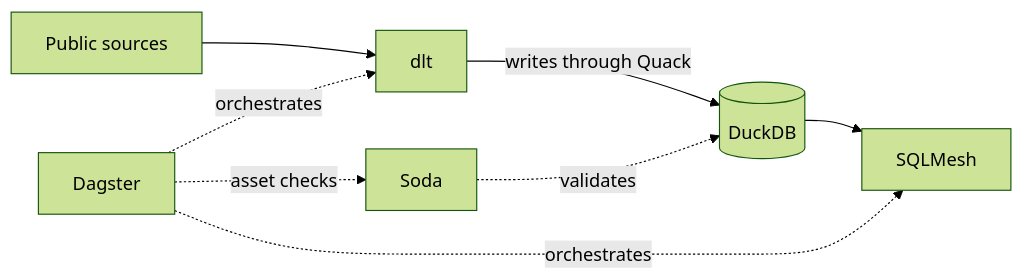
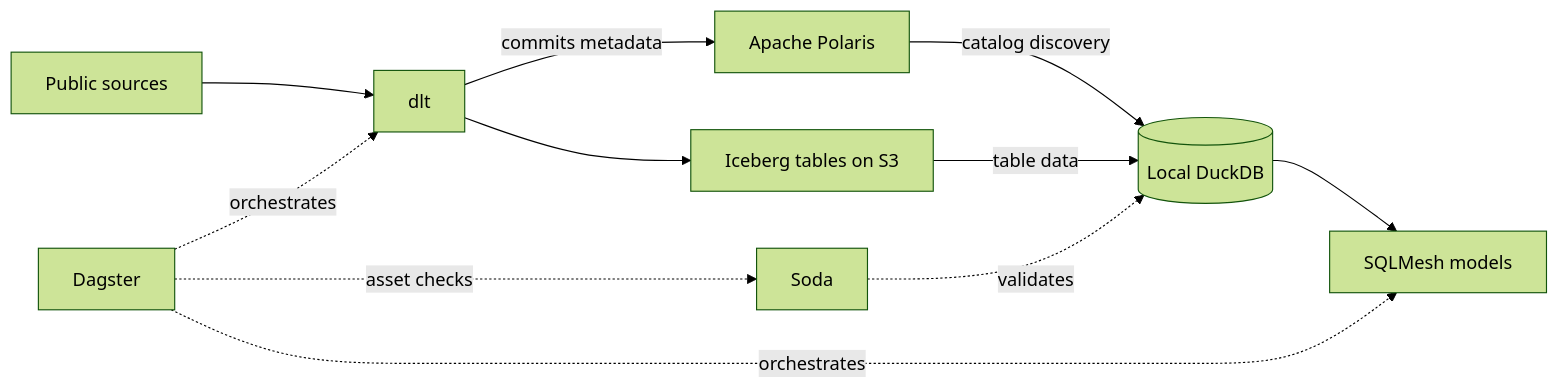
Before and after one commit to Doctacon/databox: the first of 2 diagrams in README.md, drawn with Mermaid (forest theme). The commit also changed other lines of this file and 78 other files, not shown here.

Commit message:
feat(iceberg): complete Polaris source migration

````diff
--- a/README.md
+++ b/README.md
@@ -53,10 +56,13 @@
 ```mermaid
 flowchart LR
     sources[Public sources] --> dlt[dlt]
-    dlt -->|writes through Quack| duckdb[(DuckDB)]
-    duckdb --> sqlmesh[SQLMesh]
+    dlt --> iceberg[Iceberg tables on S3]
+    dlt -->|commits metadata| polaris[Apache Polaris]
+    polaris -->|catalog discovery| duckdb[(Local DuckDB)]
+    iceberg -->|table data| duckdb
+    duckdb --> sqlmesh[SQLMesh models]
     soda[Soda] -. validates .-> duckdb
     dagster[Dagster] -. orchestrates .-> dlt
     dagster -. orchestrates .-> sqlmesh
     dagster -. asset checks .-> soda
 ```
````
